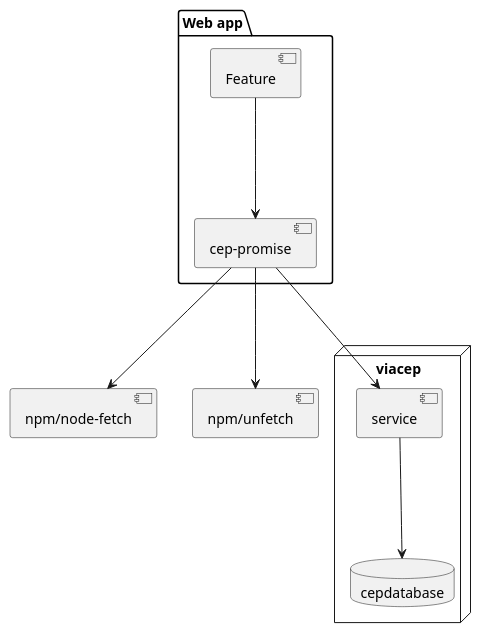
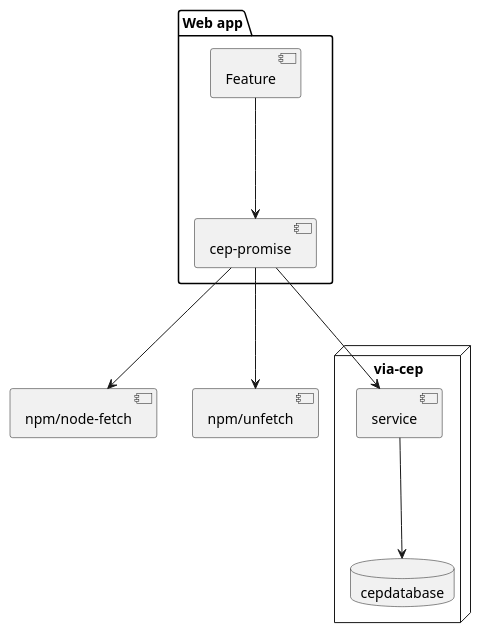
Before and after one commit to refrantz/T3EngSoftware: the diagram in Modelo1.puml, drawn with PlantUML.

```diff
--- a/Modelo1.puml
+++ b/Modelo1.puml
@@ -1,20 +1,20 @@
 @startuml
 
-node "viacep" {
+node "via-cep" {
   [service] ---> cepdatabase
   
   database "cepdatabase" {
     
   }
 }
 
 package "Web app" {
   [Feature] ---> [cep-promise]
   [cep-promise] ---> service
 }
 
 
 [cep-promise] ---> [npm/node-fetch]
 [cep-promise] ---> [npm/unfetch]
 
 @enduml
```
